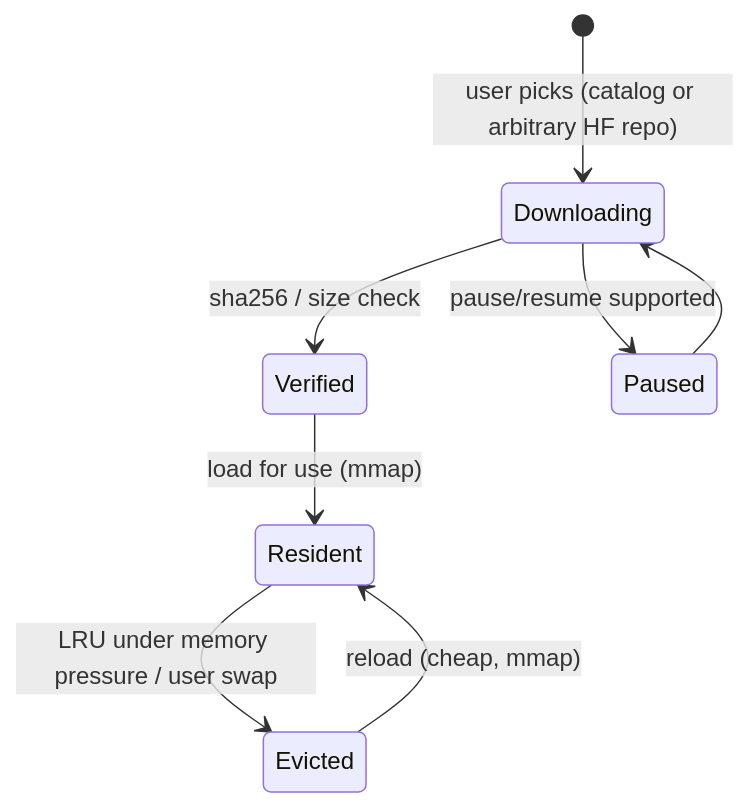
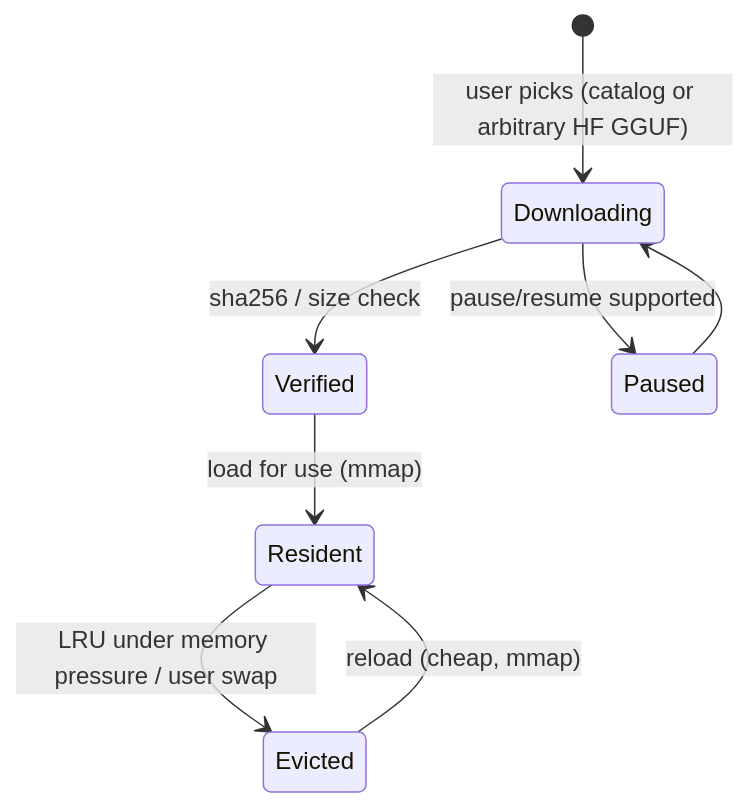
One commit to touhidsiddiqueeraj-bit/pocketnotebook changed the eighth of 9 diagrams in docs/ARCHITECTURE.md. Above: the diagram before and after it, drawn with Mermaid. The commit also changed other lines of this file and 1 other file, not shown here.

First line of the commit message:
docs: refresh ARCHITECTURE.md — scope model, pipelines, engine fallback, real JNI surface

````diff
--- a/docs/ARCHITECTURE.md
+++ b/docs/ARCHITECTURE.md
@@ -96,10 +270,10 @@
 ```mermaid
 stateDiagram-v2
-    [*] --> Downloading: user picks (catalog or arbitrary HF repo)
+    [*] --> Downloading: user picks (catalog or arbitrary HF GGUF)
     Downloading --> Verified: sha256 / size check
     Verified --> Resident: load for use (mmap)
     Resident --> Evicted: LRU under memory pressure / user swap
     Evicted --> Resident: reload (cheap, mmap)
     Downloading --> Paused: pause/resume supported
     Paused --> Downloading
 ```
````
